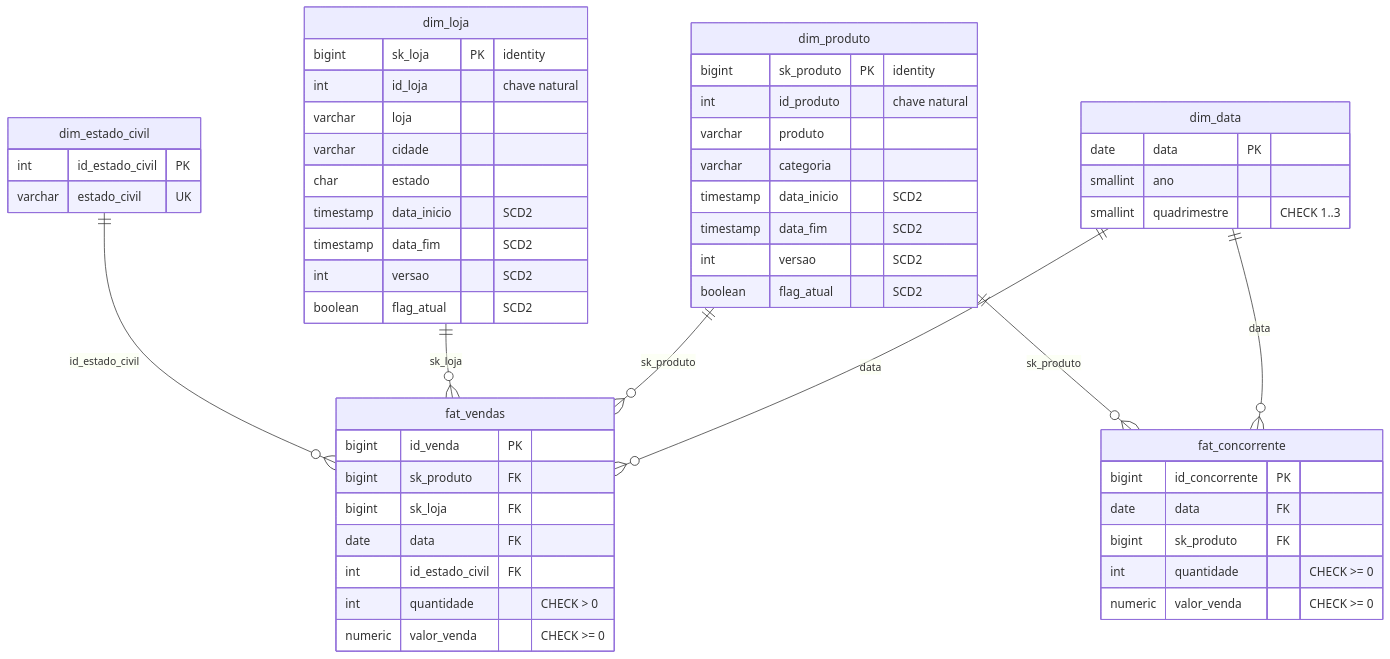
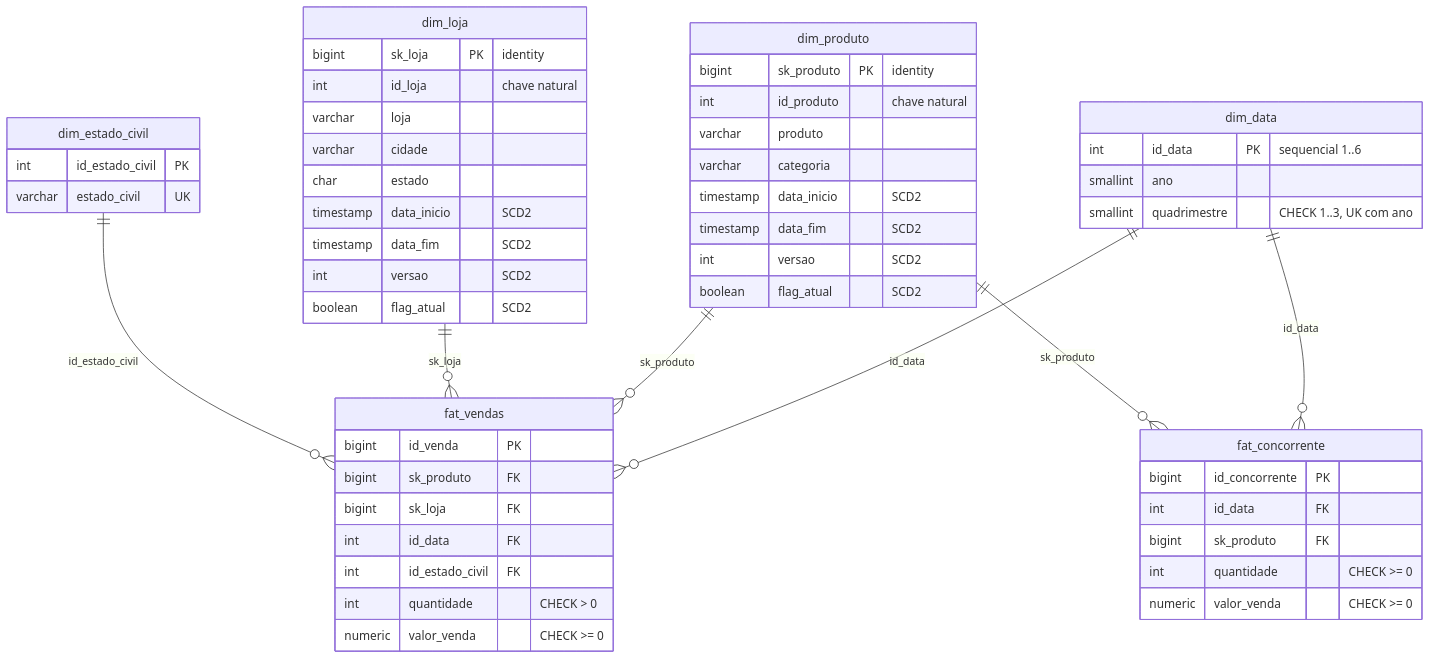
One commit to guissx/PetShop changed the diagram in docs/01-modelo-dimensional.md. Above: the diagram before and after it, drawn with Mermaid. The commit also changed other lines of this file and 15 other files, not shown here.

First line of the commit message:
feat: migrate dim_data to quadrimestral grain and update related ETL processes

````diff
--- a/docs/01-modelo-dimensional.md
+++ b/docs/01-modelo-dimensional.md
@@ -10,56 +10,56 @@
 ```mermaid
 erDiagram
-    dim_data ||--o{ fat_vendas : "data"
+    dim_data ||--o{ fat_vendas : "id_data"
     dim_produto ||--o{ fat_vendas : "sk_produto"
     dim_loja ||--o{ fat_vendas : "sk_loja"
     dim_estado_civil ||--o{ fat_vendas : "id_estado_civil"
-    dim_data ||--o{ fat_concorrente : "data"
+    dim_data ||--o{ fat_concorrente : "id_data"
     dim_produto ||--o{ fat_concorrente : "sk_produto"
 
     dim_data {
-        date data PK
+        int id_data PK "sequencial 1..6"
         smallint ano
-        smallint quadrimestre "CHECK 1..3"
+        smallint quadrimestre "CHECK 1..3, UK com ano"
     }
     dim_produto {
         bigint sk_produto PK "identity"
         int id_produto "chave natural"
         varchar produto
         varchar categoria
         timestamp data_inicio "SCD2"
         timestamp data_fim "SCD2"
         int versao "SCD2"
         boolean flag_atual "SCD2"
     }
     dim_loja {
         bigint sk_loja PK "identity"
         int id_loja "chave natural"
         varchar loja
         varchar cidade
         char estado
         timestamp data_inicio "SCD2"
         timestamp data_fim "SCD2"
         int versao "SCD2"
         boolean flag_atual "SCD2"
     }
     dim_estado_civil {
         int id_estado_civil PK
         varchar estado_civil UK
     }
     fat_vendas {
         bigint id_venda PK
         bigint sk_produto FK
         bigint sk_loja FK
-        date data FK
+        int id_data FK
         int id_estado_civil FK
         int quantidade "CHECK > 0"
         numeric valor_venda "CHECK >= 0"
     }
     fat_concorrente {
         bigint id_concorrente PK
-        date data FK
+        int id_data FK
         bigint sk_produto FK
         int quantidade "CHECK >= 0"
         numeric valor_venda "CHECK >= 0"
     }
 ```
````
